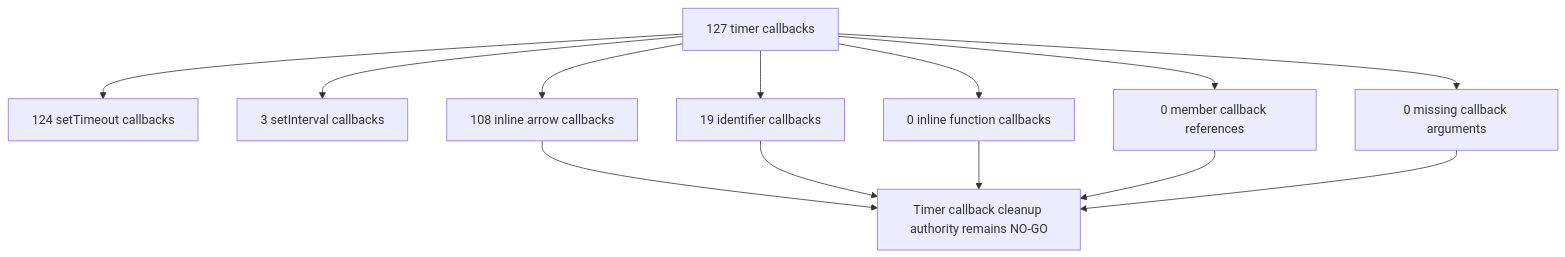
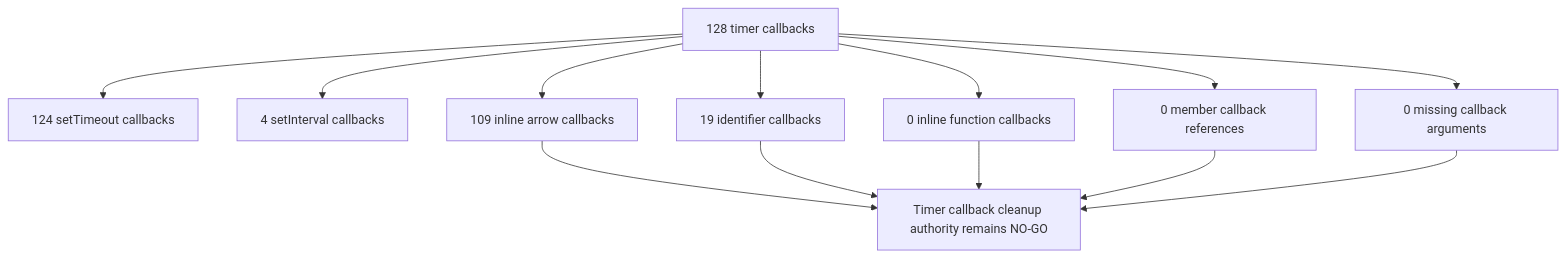
One commit to varshneydevansh/FilterTube changed diagram 18 of 47 in docs/audit/FILTERTUBE_LIFECYCLE_INSTANCE_REGISTER_2026-05-18.md. Above: the diagram before and after it, drawn with Mermaid. The commit also changed other lines of this file and 711 other files, not shown here.

````diff
--- a/docs/audit/FILTERTUBE_LIFECYCLE_INSTANCE_REGISTER_2026-05-18.md
+++ b/docs/audit/FILTERTUBE_LIFECYCLE_INSTANCE_REGISTER_2026-05-18.md
@@ -1627,15 +1627,15 @@
 ```mermaid
 flowchart TD
-  A["127 timer callbacks"] --> B["124 setTimeout callbacks"]
-  A --> C["3 setInterval callbacks"]
-  A --> D["108 inline arrow callbacks"]
+  A["128 timer callbacks"] --> B["124 setTimeout callbacks"]
+  A --> C["4 setInterval callbacks"]
+  A --> D["109 inline arrow callbacks"]
   A --> E["19 identifier callbacks"]
   A --> F["0 inline function callbacks"]
   A --> G["0 member callback references"]
   A --> H["0 missing callback arguments"]
   D --> I["Timer callback cleanup authority remains NO-GO"]
   E --> I
   F --> I
   G --> I
   H --> I
 ```
````
